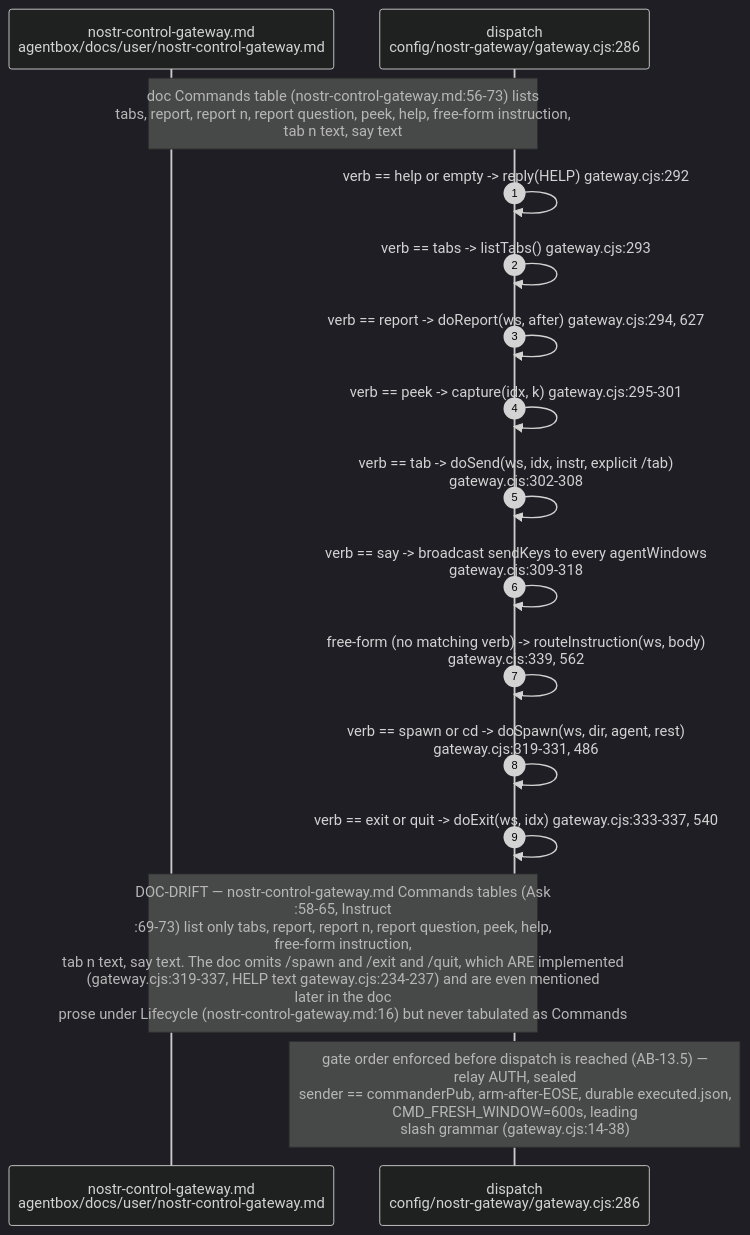
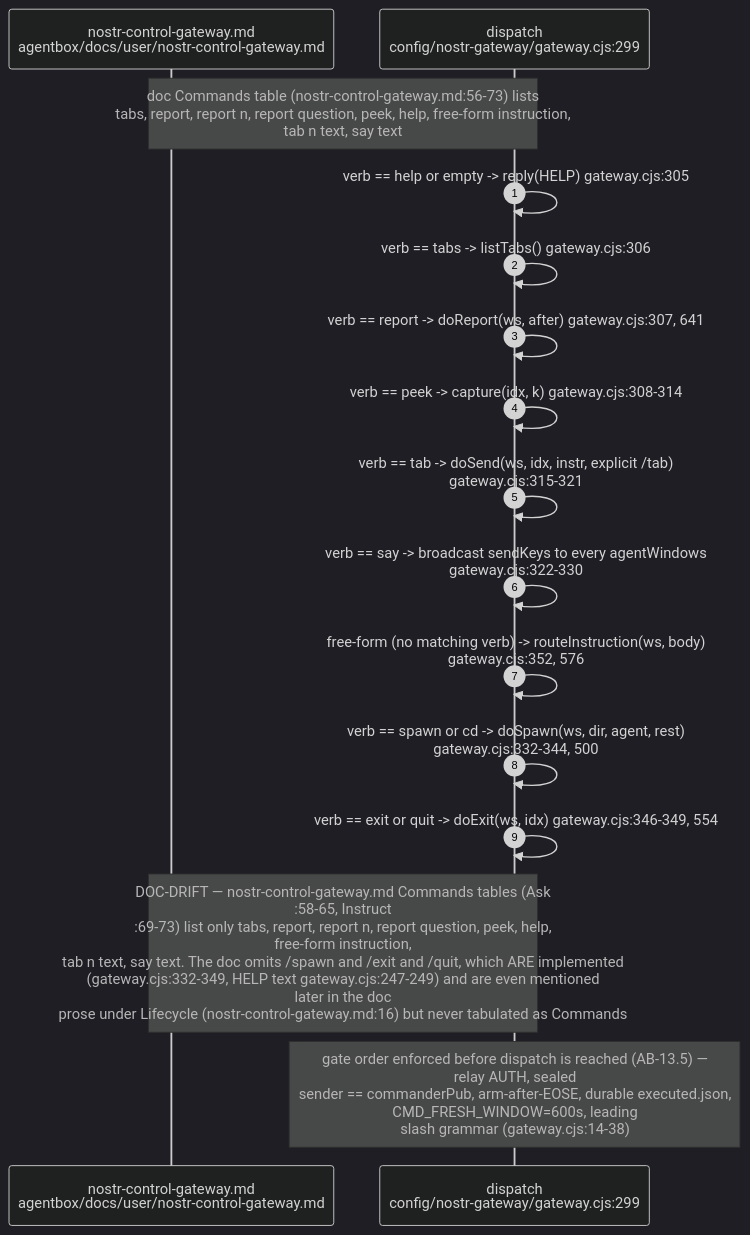
One commit to DreamLab-AI/VisionFlow changed the tenth of 16 diagrams in docs/diagrams/agentbox/13-nostr-relay-gateway-bridge-mirror.md. Above: the diagram before and after it, drawn with Mermaid (dark theme). The commit also changed other lines of this file and 136 other files, not shown here.

First line of the commit message:
docs(diagrams): refresh the whole corpus to code HEAD and prune low-value diagrams

````diff
--- a/docs/diagrams/agentbox/13-nostr-relay-gateway-bridge-mirror.md
+++ b/docs/diagrams/agentbox/13-nostr-relay-gateway-bridge-mirror.md
@@ -419,19 +420,19 @@
 ```mermaid
 sequenceDiagram
     autonumber
     participant DOC as nostr-control-gateway.md<br/>agentbox/docs/user/nostr-control-gateway.md
-    participant DISP as dispatch<br/>config/nostr-gateway/gateway.cjs:286
+    participant DISP as dispatch<br/>config/nostr-gateway/gateway.cjs:299
 
 Note over DOC,DISP: doc Commands table (nostr-control-gateway.md:56-73) lists<br/>tabs, report, report n, report question, peek, help, free-form instruction,<br/>tab n text, say text
-    DISP->>DISP: verb == help or empty -> reply(HELP) gateway.cjs:292
-    DISP->>DISP: verb == tabs -> listTabs() gateway.cjs:293
-    DISP->>DISP: verb == report -> doReport(ws, after) gateway.cjs:294, 627
-    DISP->>DISP: verb == peek -> capture(idx, k) gateway.cjs:295-301
-DISP->>DISP: verb == tab -> doSend(ws, idx, instr, explicit /tab)<br/>gateway.cjs:302-308
-DISP->>DISP: verb == say -> broadcast sendKeys to every agentWindows<br/>gateway.cjs:309-318
-DISP->>DISP: free-form (no matching verb) -> routeInstruction(ws, body)<br/>gateway.cjs:339, 562
-DISP->>DISP: verb == spawn or cd -> doSpawn(ws, dir, agent, rest)<br/>gateway.cjs:319-331, 486
-    DISP->>DISP: verb == exit or quit -> doExit(ws, idx) gateway.cjs:333-337, 540
-Note over DOC,DISP: DOC-DRIFT — nostr-control-gateway.md Commands tables (Ask<br/>:58-65, Instruct<br/>:69-73) list only tabs, report, report n, report question, peek, help,<br/>free-form instruction,<br/>tab n text, say text. The doc omits /spawn and /exit and /quit, which ARE implemented<br/>(gateway.cjs:319-337, HELP text gateway.cjs:234-237) and are even mentioned<br/>later in the doc<br/>prose under Lifecycle (nostr-control-gateway.md:16) but never tabulated as Commands
+    DISP->>DISP: verb == help or empty -> reply(HELP) gateway.cjs:305
+    DISP->>DISP: verb == tabs -> listTabs() gateway.cjs:306
+    DISP->>DISP: verb == report -> doReport(ws, after) gateway.cjs:307, 641
+    DISP->>DISP: verb == peek -> capture(idx, k) gateway.cjs:308-314
+DISP->>DISP: verb == tab -> doSend(ws, idx, instr, explicit /tab)<br/>gateway.cjs:315-321
+DISP->>DISP: verb == say -> broadcast sendKeys to every agentWindows<br/>gateway.cjs:322-330
+DISP->>DISP: free-form (no matching verb) -> routeInstruction(ws, body)<br/>gateway.cjs:352, 576
+DISP->>DISP: verb == spawn or cd -> doSpawn(ws, dir, agent, rest)<br/>gateway.cjs:332-344, 500
+    DISP->>DISP: verb == exit or quit -> doExit(ws, idx) gateway.cjs:346-349, 554
+Note over DOC,DISP: DOC-DRIFT — nostr-control-gateway.md Commands tables (Ask<br/>:58-65, Instruct<br/>:69-73) list only tabs, report, report n, report question, peek, help,<br/>free-form instruction,<br/>tab n text, say text. The doc omits /spawn and /exit and /quit, which ARE implemented<br/>(gateway.cjs:332-349, HELP text gateway.cjs:247-249) and are even mentioned<br/>later in the doc<br/>prose under Lifecycle (nostr-control-gateway.md:16) but never tabulated as Commands
 Note over DISP: gate order enforced before dispatch is reached (AB-13.5) —<br/>relay AUTH, sealed<br/>sender == commanderPub, arm-after-EOSE, durable executed.json,<br/>CMD_FRESH_WINDOW=600s, leading<br/>slash grammar (gateway.cjs:14-38)
 ```
````
